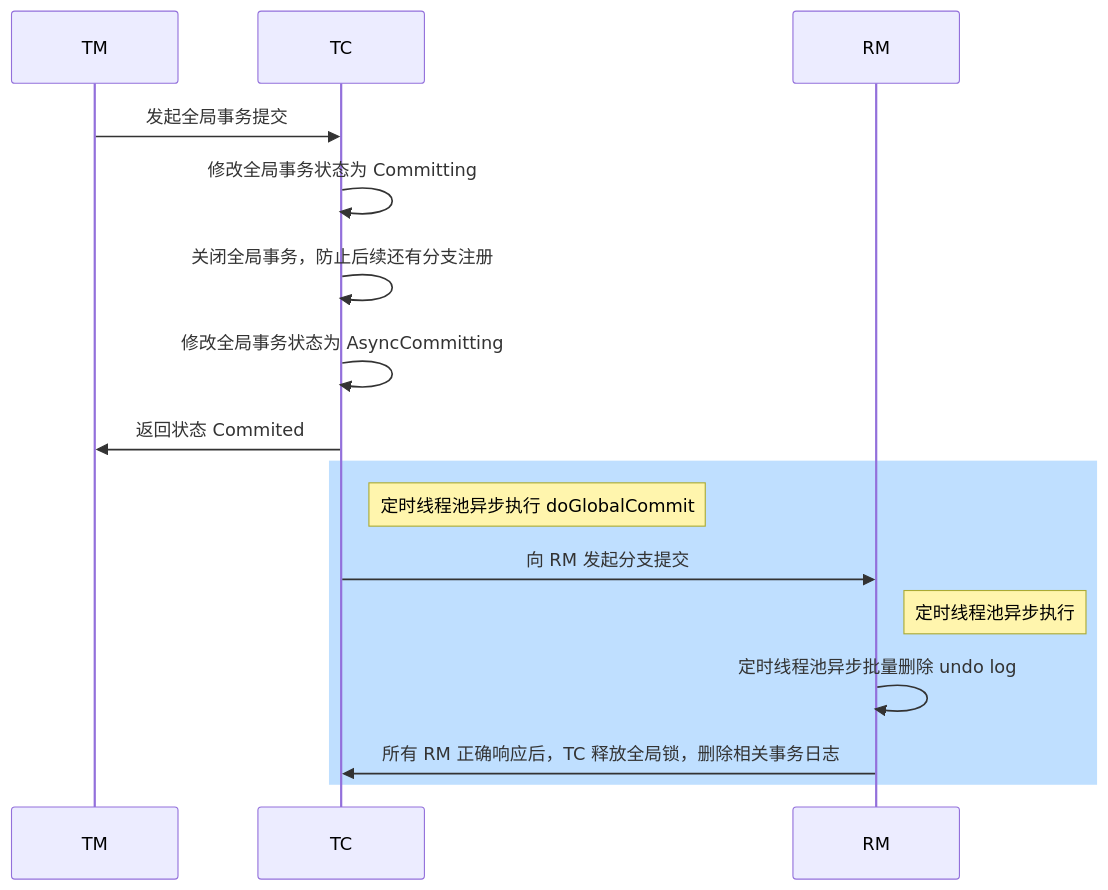
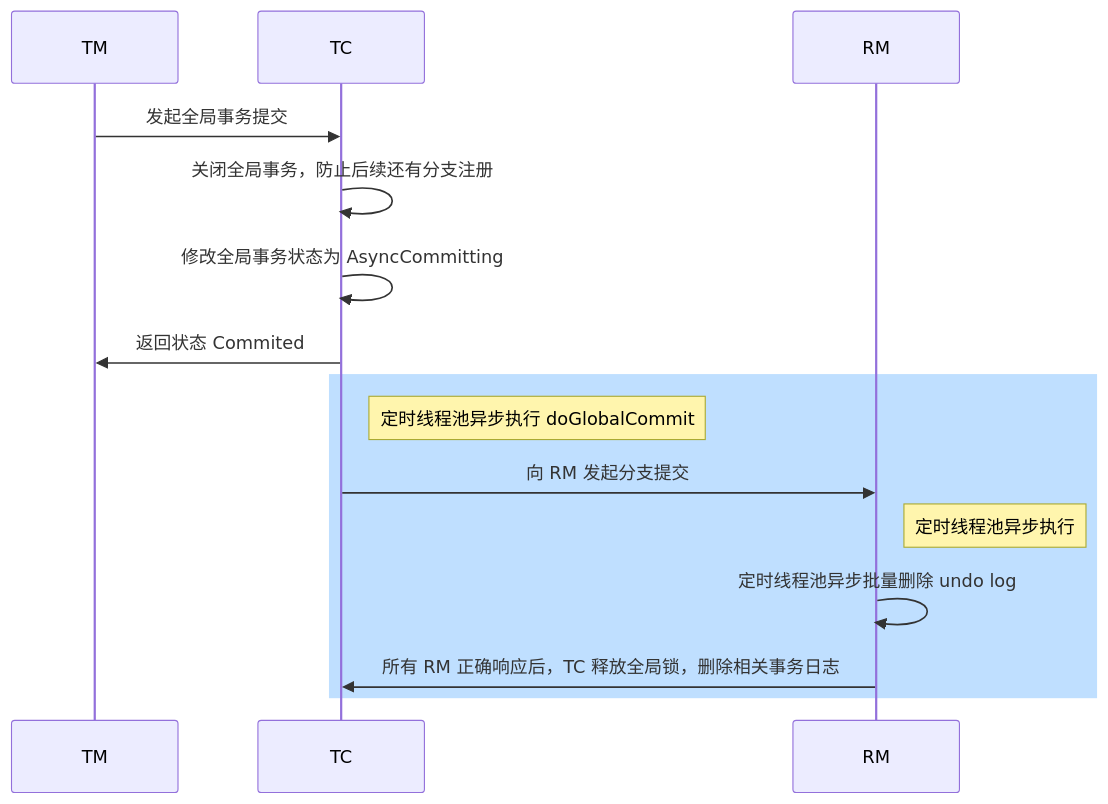
The second of 8 diagrams in docs/distributed/transaction/Seata AT 详解.md (hein-hp/hein-hp.github.io), drawn with Mermaid before and after one commit. The commit also changed 2 other files, not shown here.

````diff
--- a/docs/distributed/transaction/Seata AT 详解.md
+++ b/docs/distributed/transaction/Seata AT 详解.md
@@ -187,18 +187,17 @@
 ```mermaid
 sequenceDiagram
 	participant TM
 	participant TC
 	participant RM
 TM->>TC: 发起全局事务提交
-TC->>TC: 修改全局事务状态为 Committing
 TC->>TC: 关闭全局事务，防止后续还有分支注册
 TC->>TC: 修改全局事务状态为 AsyncCommitting
 TC->>TM: 返回状态 Commited
 rect rgb(191, 223, 255)
 note right of TC: 定时线程池异步执行 doGlobalCommit
 TC->>RM: 向 RM 发起分支提交
 note right of RM: 定时线程池异步执行
 RM->>RM: 定时线程池异步批量删除 undo log
 RM->>TC: 所有 RM 正确响应后，TC 释放全局锁，删除相关事务日志
 end
 ```
````
